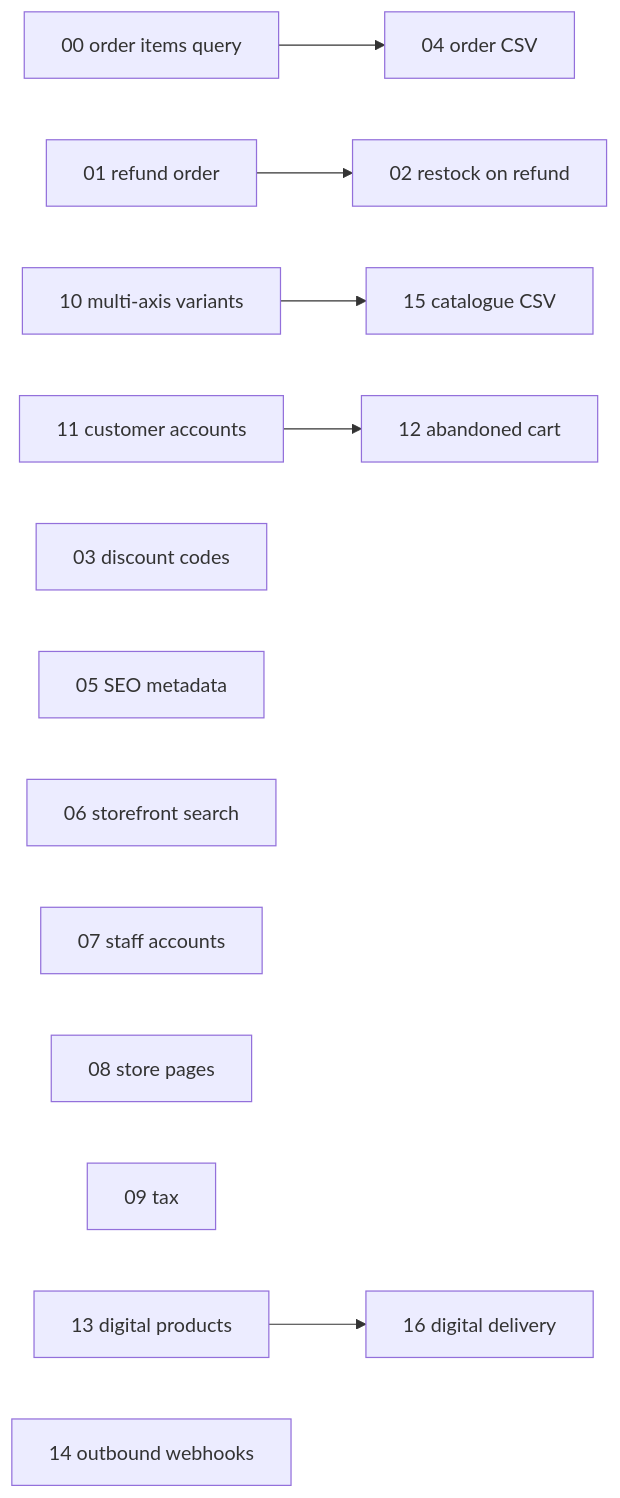
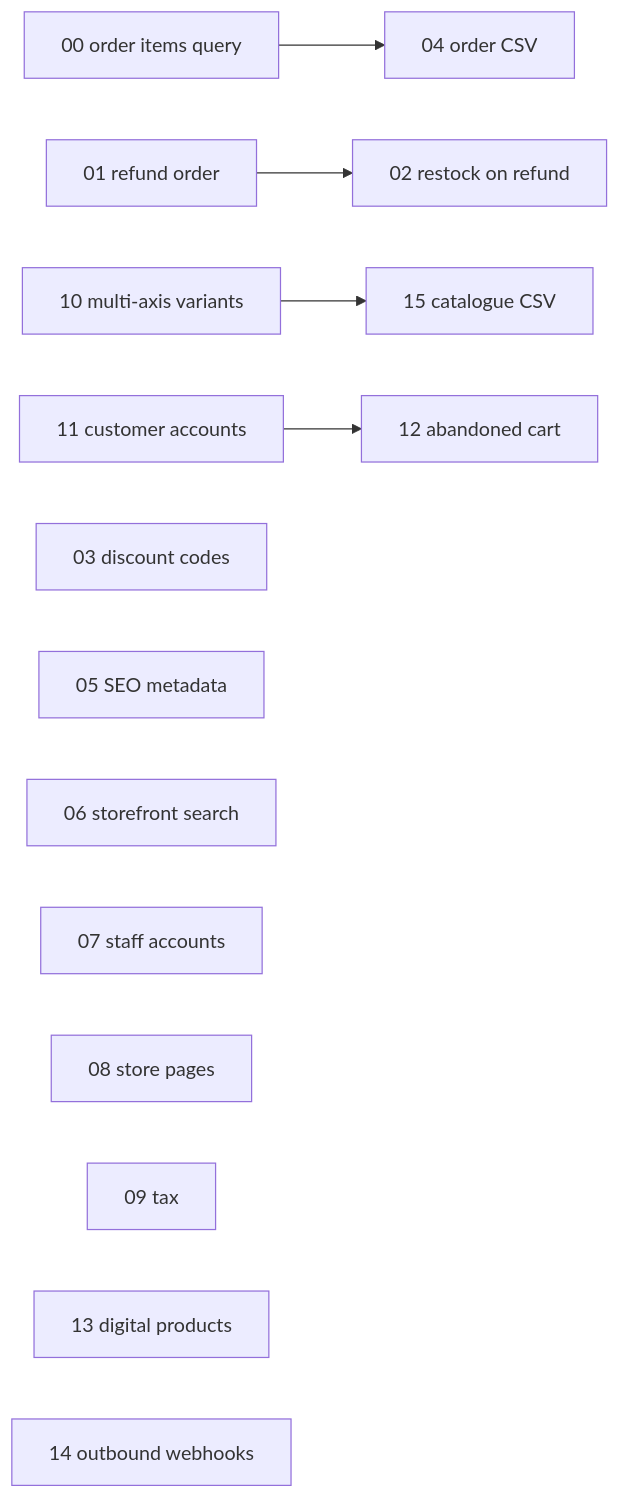
One commit to binx/yesiwantaplatform changed the diagram in docs/tasks/README.md. Above: the diagram before and after it, drawn with Mermaid. The commit also changed other lines of this file and 4 other files, not shown here.

First line of the commit message:
Record digital delivery as a known gap, not a queued task

````diff
--- a/docs/tasks/README.md
+++ b/docs/tasks/README.md
@@ -170,15 +176,15 @@
 ```mermaid
 graph LR
   T00[00 order items query] --> T04[04 order CSV]
   T01[01 refund order] --> T02[02 restock on refund]
   T10[10 multi-axis variants] --> T15[15 catalogue CSV]
   T11[11 customer accounts] --> T12[12 abandoned cart]
   T03[03 discount codes]
   T05[05 SEO metadata]
   T06[06 storefront search]
   T07[07 staff accounts]
   T08[08 store pages]
   T09[09 tax]
-  T13[13 digital products] --> T16[16 digital delivery]
+  T13[13 digital products]
   T14[14 outbound webhooks]
 ```
````
